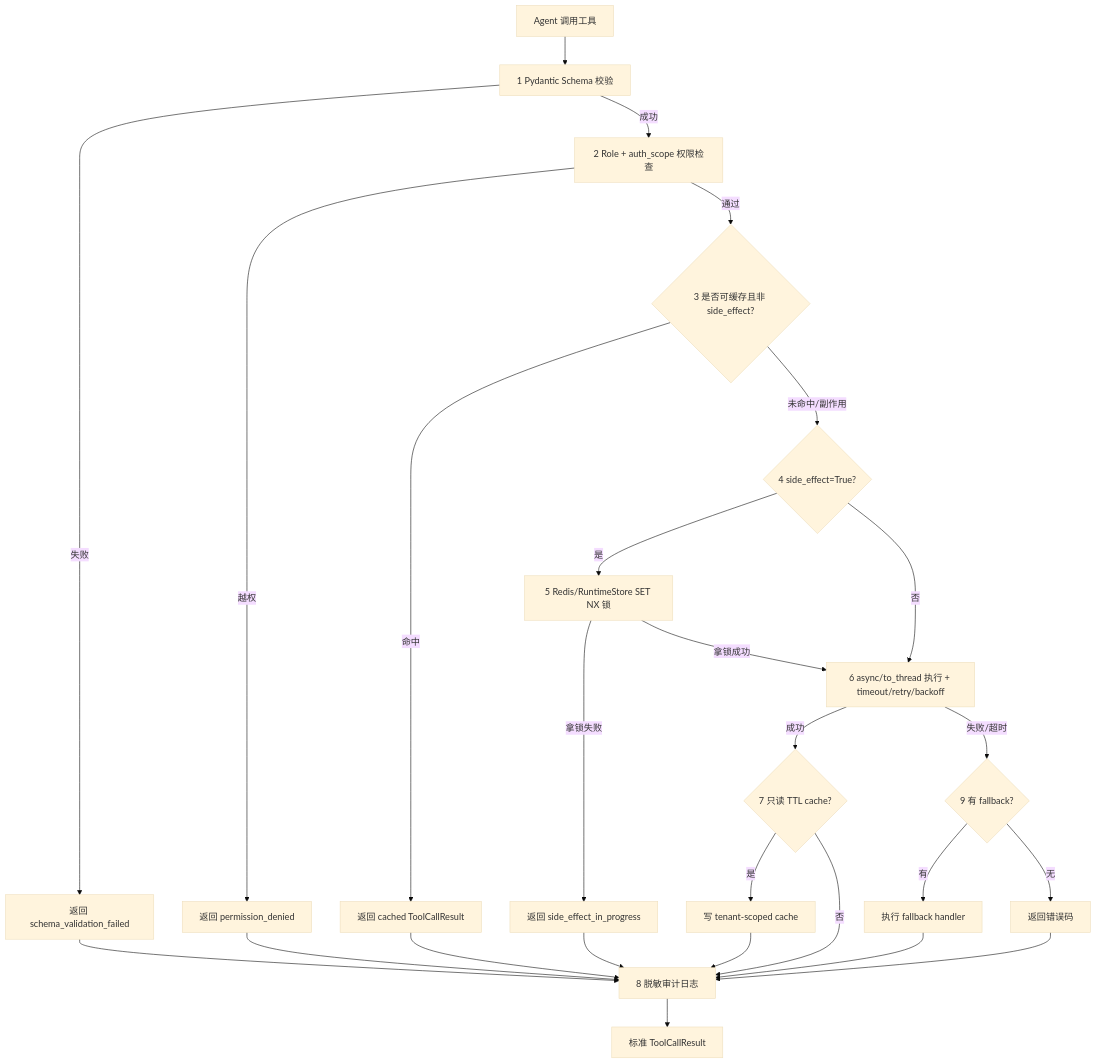
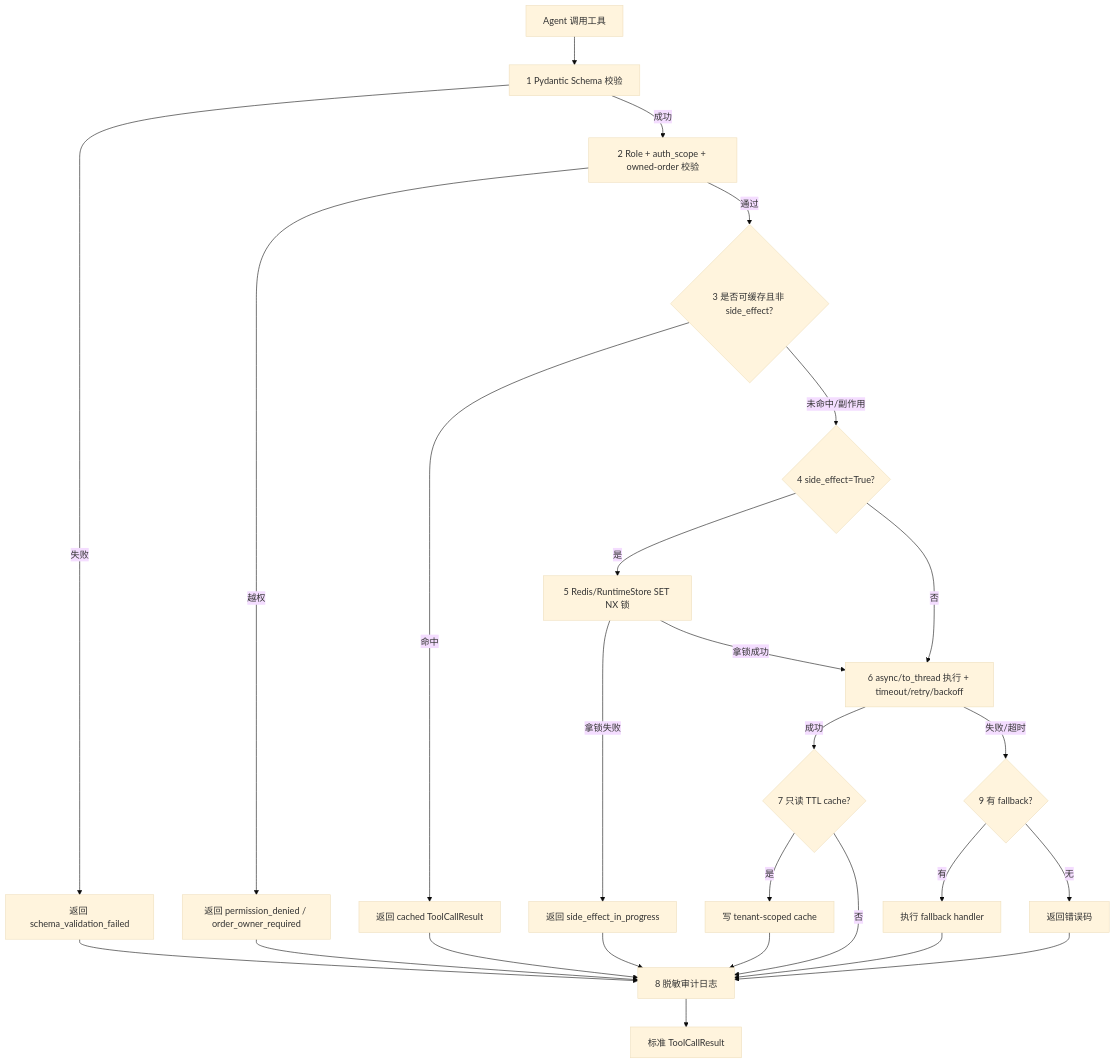
Before and after one commit to bigfish-emily/commerce-support-agent: the second of 6 diagrams in docs/ARCHITECTURE_DIAGRAMS.md, drawn with Mermaid (base theme). The commit also changed other lines of this file and 14 other files, not shown here.

Commit message:
productize customer order assistant flow

````diff
--- a/docs/ARCHITECTURE_DIAGRAMS.md
+++ b/docs/ARCHITECTURE_DIAGRAMS.md
@@ -54,26 +57,26 @@
 ```mermaid
 flowchart TD
     Start[Agent 调用工具] --> Validate[1 Pydantic Schema 校验]
     Validate -- 失败 --> Err1[返回 schema_validation_failed]
-    Validate -- 成功 --> Auth[2 Role + auth_scope 权限检查]
-    Auth -- 越权 --> Err2[返回 permission_denied]
+    Validate -- 成功 --> Auth[2 Role + auth_scope + owned-order 校验]
+    Auth -- 越权 --> Err2[返回 permission_denied / order_owner_required]
     Auth -- 通过 --> CheckCache{3 是否可缓存且非 side_effect?}
     CheckCache -- 命中 --> ReturnCached[返回 cached ToolCallResult]
     CheckCache -- 未命中/副作用 --> SideEffectCheck{4 side_effect=True?}
     SideEffectCheck -- 是 --> AcquireLock[5 Redis/RuntimeStore SET NX 锁]
     AcquireLock -- 拿锁失败 --> Err3[返回 side_effect_in_progress]
     AcquireLock -- 拿锁成功 --> Exec[6 async/to_thread 执行 + timeout/retry/backoff]
     SideEffectCheck -- 否 --> Exec
     Exec -- 成功 --> MaybeCache{7 只读 TTL cache?}
     MaybeCache -- 是 --> UpdateCache[写 tenant-scoped cache]
     MaybeCache -- 否 --> Audit
     UpdateCache --> Audit[8 脱敏审计日志]
     Exec -- 失败/超时 --> HasFallback{9 有 fallback?}
     HasFallback -- 有 --> RunFallback[执行 fallback handler] --> Audit
     HasFallback -- 无 --> Err4[返回错误码] --> Audit
     ReturnCached --> Audit
     Err1 --> Audit
     Err2 --> Audit
     Err3 --> Audit
     Audit --> Done[标准 ToolCallResult]
 ```
````
